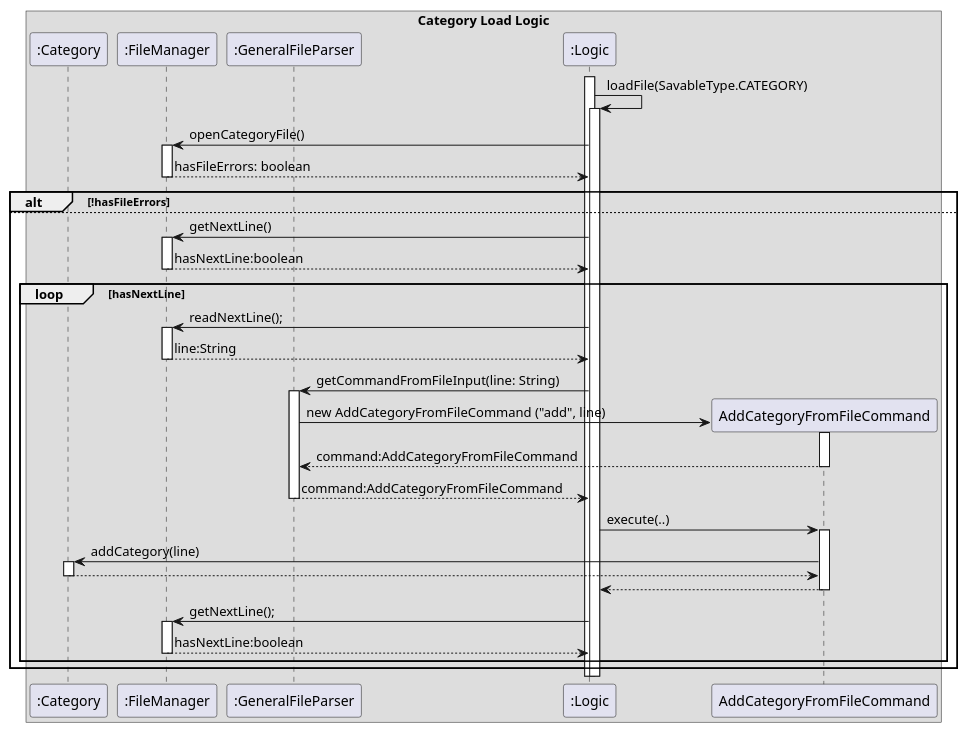
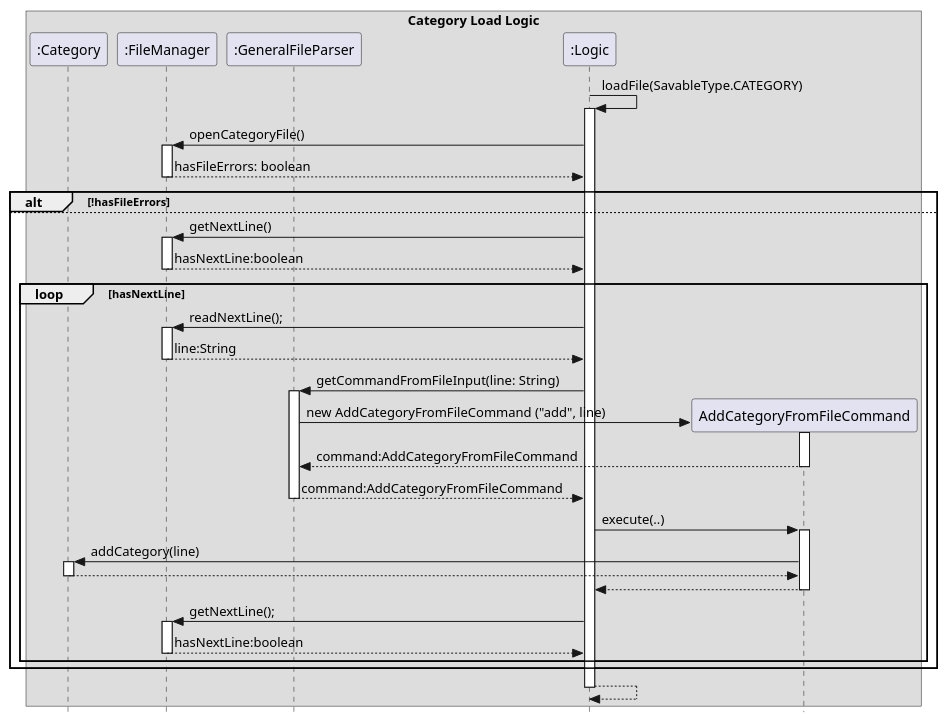
One commit to JianJiaT/tp changed the diagram in docs/team/UML_Files/category_load_sequence.puml. Above: the diagram before and after it, drawn with PlantUML. The commit also changed 3 other files, not shown here.

Commit message:
Modify Category UML, Expense Fixed getExpenseFromFile, in the event that a category does not exist, changes the category field to null. This is done the preserve the data integrity of the event class when loading

```diff
--- a/docs/team/UML_Files/category_load_sequence.puml
+++ b/docs/team/UML_Files/category_load_sequence.puml
@@ -1,53 +1,55 @@
 @startuml
-
+skinparam Style strictuml
 box Category Load Logic
 
 participant ":Category" as category
 participant ":FileManager" as fileManager
 participant ":GeneralFileParser" as generalFileParser
 participant ":Logic" as logic
 
-activate logic
+
 logic -> logic: loadFile(SavableType.CATEGORY)
 activate logic
 logic -> fileManager: openCategoryFile()
 activate fileManager
 fileManager -[dashed]-> logic: hasFileErrors: boolean
 deactivate fileManager
     alt !hasFileErrors
     else
         logic -> fileManager : getNextLine()
         activate fileManager
         fileManager -[dashed]-> logic : hasNextLine:boolean
         deactivate fileManager
         loop hasNextLine
             logic -> fileManager : readNextLine();
             activate fileManager
             fileManager -[dashed]-> logic : line:String
             deactivate fileManager
             logic -> generalFileParser : getCommandFromFileInput(line: String)
             activate generalFileParser
             create AddCategoryFromFileCommand
             generalFileParser -> AddCategoryFromFileCommand: new AddCategoryFromFileCommand ("add", line)
             activate AddCategoryFromFileCommand
             AddCategoryFromFileCommand --> generalFileParser: command:AddCategoryFromFileCommand
             deactivate AddCategoryFromFileCommand
             generalFileParser --> logic : command:AddCategoryFromFileCommand
             deactivate generalFileParser
             logic -> AddCategoryFromFileCommand : execute(..)
             activate AddCategoryFromFileCommand
             AddCategoryFromFileCommand -> category : addCategory(line)
             activate category
             category -[dashed]-> AddCategoryFromFileCommand
             deactivate
             AddCategoryFromFileCommand -[dashed]-> logic
             deactivate AddCategoryFromFileCommand
             logic -> fileManager : getNextLine();
             activate fileManager
             fileManager -[dashed]-> logic : hasNextLine:boolean
             deactivate fileManager
 
         end
     end
+    logic -[dashed]-> logic
+    deactivate logic
 end box
 @enduml
```
